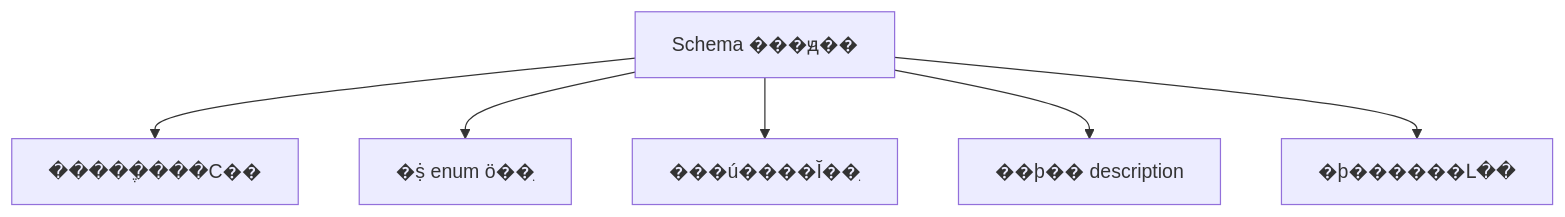
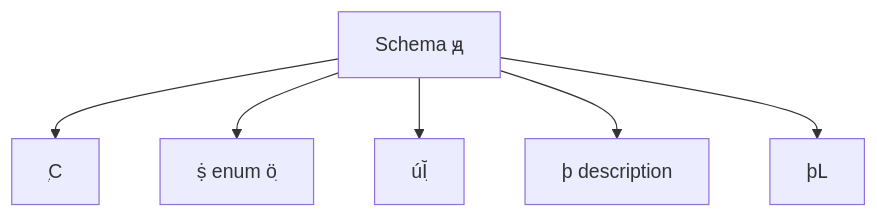
One commit to TimeHunter618/hugo-maid-code changed the seventh of 9 diagrams in content/post/ai-interview/Agent工具调用失败如何处理.zh-CN.md. Above: the diagram before and after it, drawn with Mermaid. The commit also changed other lines of this file and 55 other files, not shown here.

````diff
--- a/content/post/ai-interview/Agent工具调用失败如何处理.zh-CN.md
+++ b/content/post/ai-interview/Agent工具调用失败如何处理.zh-CN.md
@@ -616,8 +616,8 @@
 ```mermaid
 graph TD
-    A[Schema ���ԭ��] --> B[�����ֶ���С��]
-    A --> C[�ṩ enum ö��ֵ]
-    A --> D[���ú����Ĭ��ֵ]
-    A --> E[��ϸ�� description]
-    A --> F[�ϸ������Լ��]
+    A[Schema ԭ] --> B[ֶС]
+    A --> C[ṩ enum öֵ]
+    A --> D[úĬֵ]
+    A --> E[ϸ description]
+    A --> F[ϸԼ]
 ```
````
